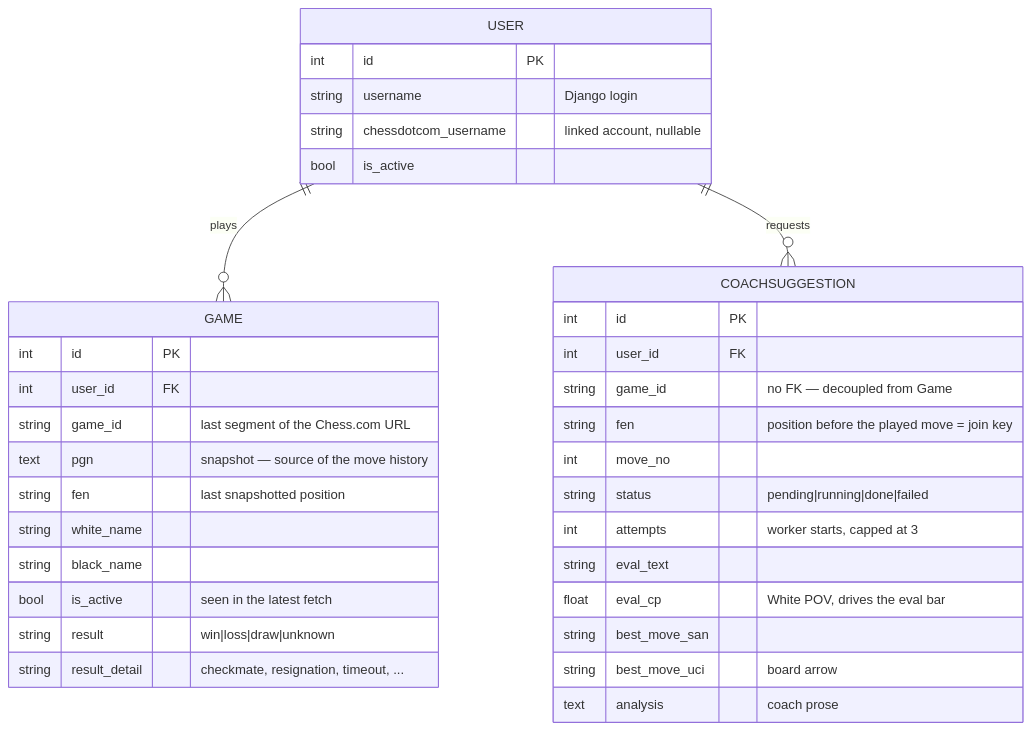
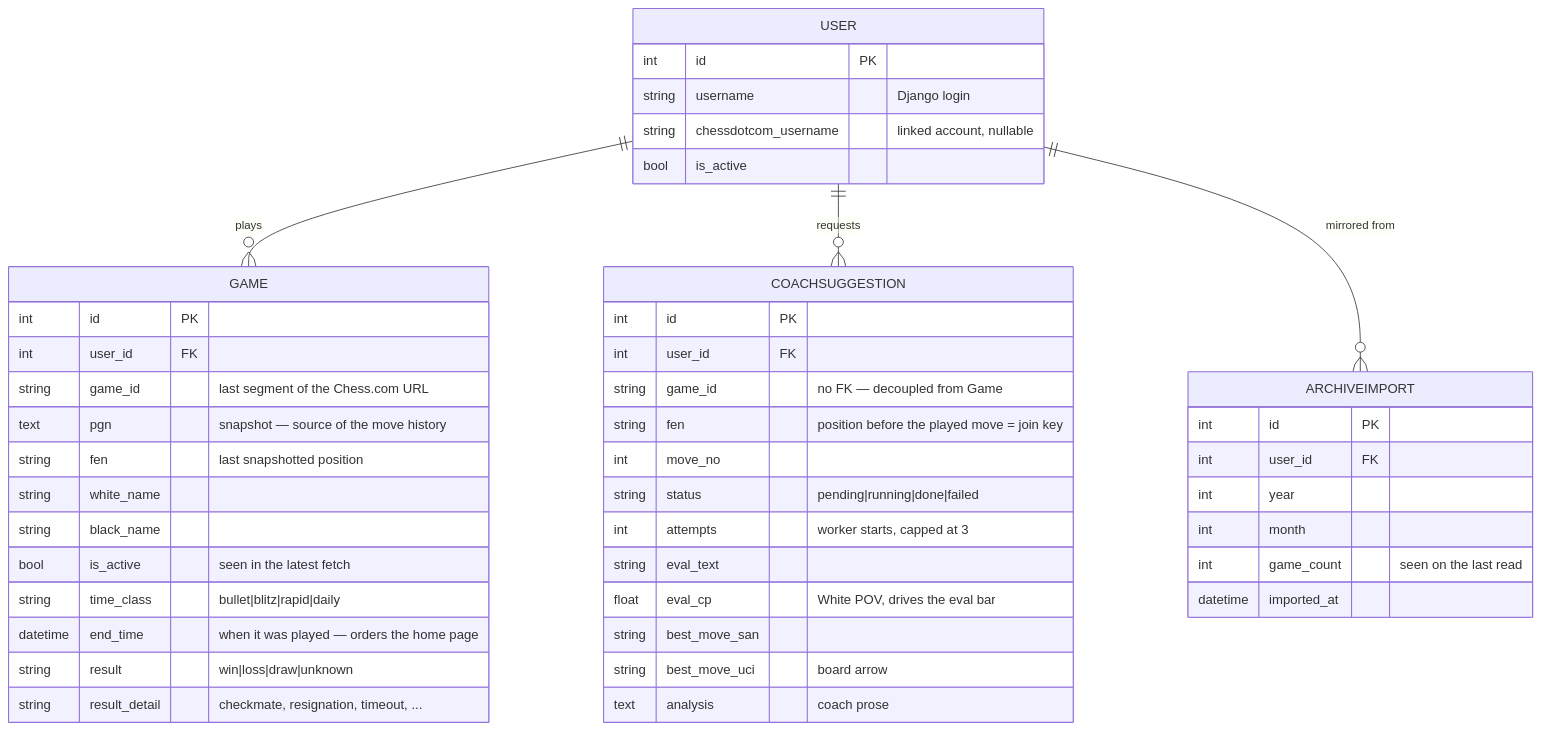
The first of 2 diagrams in docs/data-model.md (gab-25/chessdotcom_ai_coach), drawn with Mermaid before and after one commit. The commit also changed other lines of this file and 27 other files, not shown here.

````diff
--- a/docs/data-model.md
+++ b/docs/data-model.md
@@ -9,40 +10,52 @@
 ```mermaid
 erDiagram
     USER ||--o{ GAME : "plays"
     USER ||--o{ COACHSUGGESTION : "requests"
+    USER ||--o{ ARCHIVEIMPORT : "mirrored from"
 
     USER {
         int id PK
         string username "Django login"
         string chessdotcom_username "linked account, nullable"
         bool is_active
     }
 
     GAME {
         int id PK
         int user_id FK
         string game_id "last segment of the Chess.com URL"
         text pgn "snapshot — source of the move history"
         string fen "last snapshotted position"
         string white_name
         string black_name
         bool is_active "seen in the latest fetch"
+        string time_class "bullet|blitz|rapid|daily"
+        datetime end_time "when it was played — orders the home page"
         string result "win|loss|draw|unknown"
         string result_detail "checkmate, resignation, timeout, ..."
+    }
+
+    ARCHIVEIMPORT {
+        int id PK
+        int user_id FK
+        int year
+        int month
+        int game_count "seen on the last read"
+        datetime imported_at
     }
 
     COACHSUGGESTION {
         int id PK
         int user_id FK
         string game_id "no FK — decoupled from Game"
         string fen "position before the played move = join key"
         int move_no
         string status "pending|running|done|failed"
         int attempts "worker starts, capped at 3"
         string eval_text
         float eval_cp "White POV, drives the eval bar"
         string best_move_san
         string best_move_uci "board arrow"
         text analysis "coach prose"
     }
 ```
````
